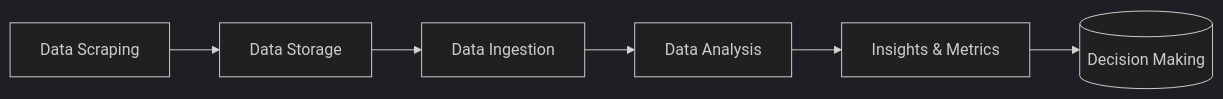
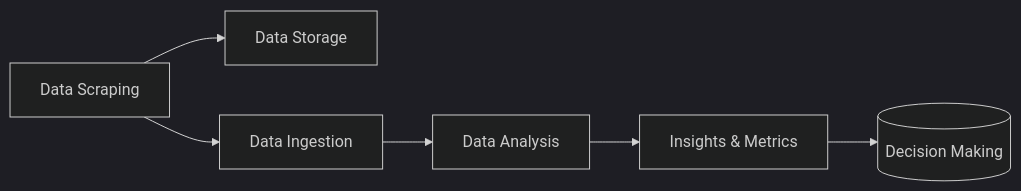
Before and after one commit to Elsayed91/xbox_de_project: the diagram in readme.md, drawn with Mermaid (dark theme). The commit also changed other lines of this file, not shown here.

````diff
--- a/readme.md
+++ b/readme.md
@@ -72,9 +73,9 @@
 ```mermaid
 flowchart LR
 
 A[Data Scraping] --> B[Data Storage]
-B --> C[Data Ingestion]
+A --> C[Data Ingestion]
 C --> D[Data Analysis]
 D --> E[Insights & Metrics]
 E --> F[(Decision Making)]
 ```
````
